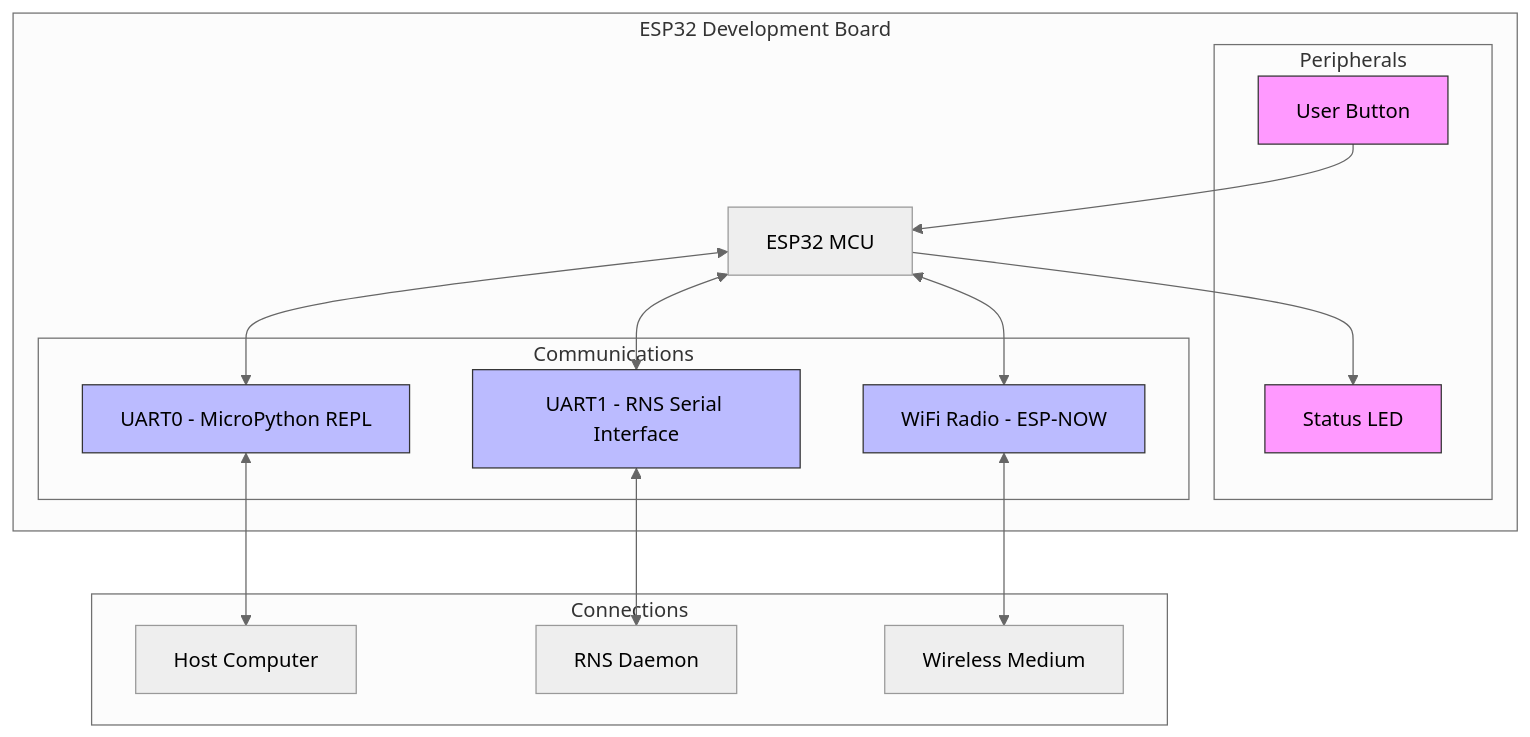
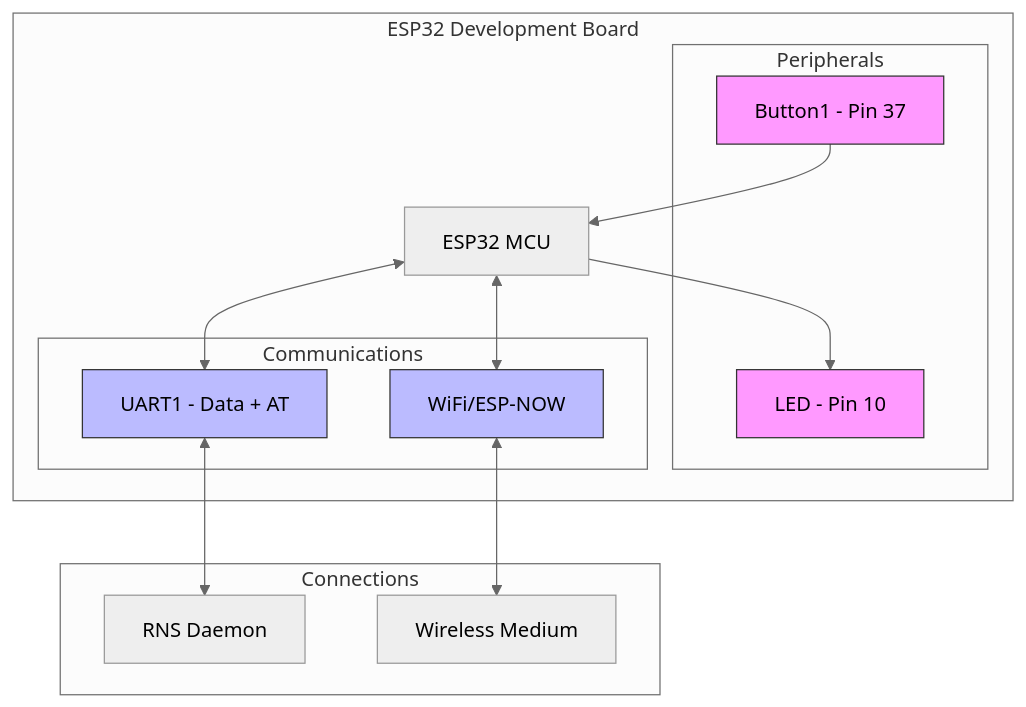
One commit to gretel/rns-if-espnow changed the third of 3 diagrams in README.md. Above: the diagram before and after it, drawn with Mermaid (neutral theme). The commit also changed other lines of this file, not shown here.

````diff
--- a/README.md
+++ b/README.md
@@ -135,38 +156,34 @@
 ```mermaid
 graph TD
     subgraph "ESP32 Development Board"
         CPU[ESP32 MCU]
         
         subgraph "Peripherals"
-            LED[Status LED]
-            BTN[User Button]
+            LED[LED - Pin 10]
+            BTN1[Button1 - Pin 37]
         end
         
         subgraph "Communications"
-            UART0[UART0 - MicroPython REPL]
-            UART1[UART1 - RNS Serial Interface]
-            WIFI[WiFi Radio - ESP-NOW]
+            UART[UART1 - Data + AT]
+            WIFI[WiFi/ESP-NOW]
         end
     end
     
     subgraph "Connections"
-        HOST[Host Computer]
-        RNSD[RNS Daemon]
+        RNS[RNS Daemon]
         AIR[Wireless Medium]
     end
     
     CPU --> LED
-    BTN --> CPU
-    CPU <--> UART0
-    CPU <--> UART1
+    BTN1 --> CPU
+    CPU <--> UART
     CPU <--> WIFI
     
-    UART0 <--> HOST
-    UART1 <--> RNSD
+    UART <--> RNS
     WIFI <--> AIR
     
     classDef peripheral fill:#f9f,stroke:#333
     classDef comm fill:#bbf,stroke:#333
-    class LED,BTN peripheral
-    class UART0,UART1,WIFI comm
-```    
+    class LED,BTN1 peripheral
+    class UART,WIFI comm
+```
````
